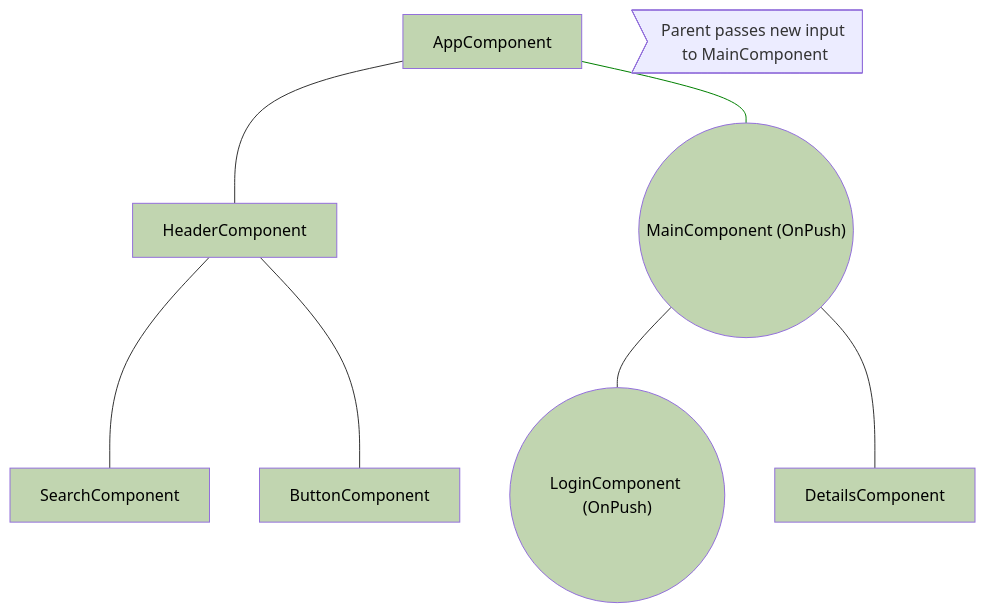
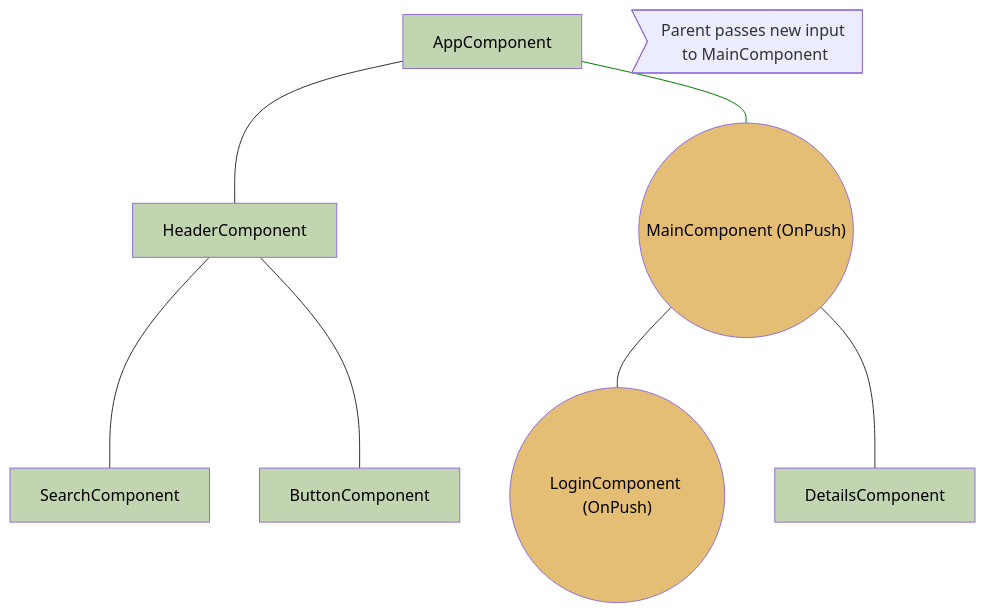
The fourth of 4 diagrams in adev/src/content/best-practices/runtime-performance/skipping-subtrees.md (angular/angular), drawn with Mermaid before and after one commit. The commit also changed other lines of this file, not shown here.

````diff
--- a/adev/src/content/best-practices/runtime-performance/skipping-subtrees.md
+++ b/adev/src/content/best-practices/runtime-performance/skipping-subtrees.md
@@ -113,20 +113,20 @@
 ```mermaid
 graph TD;
     app[AppComponent] --- header[HeaderComponent];
     app --- main(("MainComponent (OnPush)"));
     header --- search[SearchComponent];
     header --- button[ButtonComponent];
     main --- login(("LoginComponent (OnPush)"));
     main --- details[DetailsComponent];
     event>Parent passes new input to MainComponent]
 
-    style login fill:#C1D5B0,color:#000
+    style login fill:#E4BE74,color:#000
 
     linkStyle 1 stroke:green
     style app fill:#C1D5B0,color:#000
     style header fill:#C1D5B0,color:#000
     style button fill:#C1D5B0,color:#000
     style search fill:#C1D5B0,color:#000
-    style main fill:#C1D5B0,color:#000
+    style main fill:#E4BE74,color:#000
     style details fill:#C1D5B0,color:#000
 ```
````
